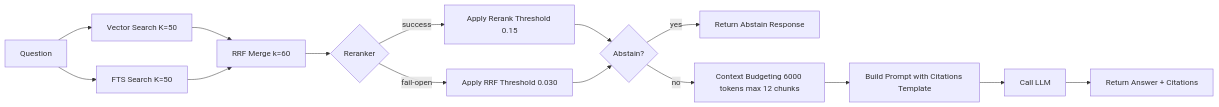
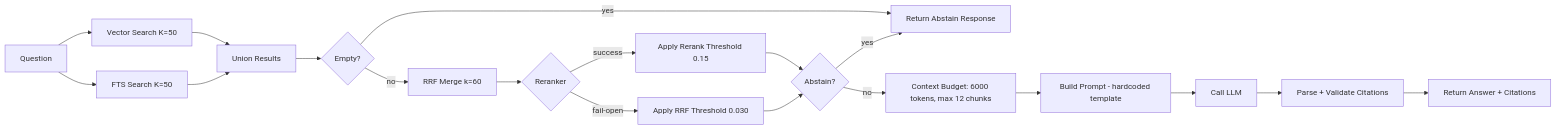
One commit to jharjadi/pro-rag changed the third of 3 diagrams in plans/implementation-plan.md. Above: the diagram before and after it, drawn with Mermaid. The commit also changed other lines of this file and 3 other files, not shown here.

First line of the commit message:
Go + Python architecture decision (ADR-004), implementation plan v3

````diff
--- a/plans/implementation-plan.md
+++ b/plans/implementation-plan.md
@@ -414,17 +449,21 @@
 ```mermaid
 graph LR
     Q[Question] --> VEC[Vector Search K=50]
     Q --> FTS[FTS Search K=50]
-    VEC --> RRF[RRF Merge k=60]
-    FTS --> RRF
+    VEC --> UNION[Union Results]
+    FTS --> UNION
+    UNION --> EMPTY{Empty?}
+    EMPTY -->|yes| ABSTAIN[Return Abstain Response]
+    EMPTY -->|no| RRF[RRF Merge k=60]
     RRF --> RR{Reranker}
     RR -->|success| RT[Apply Rerank Threshold 0.15]
     RR -->|fail-open| RF[Apply RRF Threshold 0.030]
     RT --> AB{Abstain?}
     RF --> AB
-    AB -->|yes| ABSTAIN[Return Abstain Response]
-    AB -->|no| CTX[Context Budgeting 6000 tokens max 12 chunks]
-    CTX --> PROMPT[Build Prompt with Citations Template]
+    AB -->|yes| ABSTAIN
+    AB -->|no| CTX[Context Budget: 6000 tokens, max 12 chunks]
+    CTX --> PROMPT[Build Prompt - hardcoded template]
     PROMPT --> CALL_LLM[Call LLM]
-    CALL_LLM --> RESP[Return Answer + Citations]
+    CALL_LLM --> CITE[Parse + Validate Citations]
+    CITE --> RESP[Return Answer + Citations]
 ```
````
